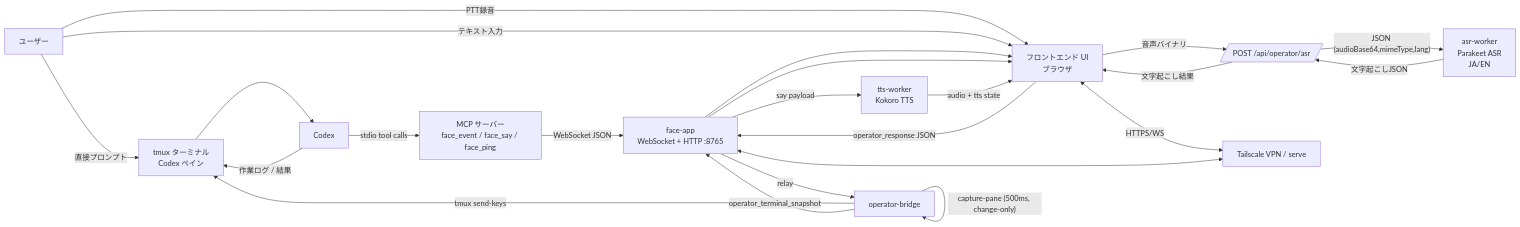
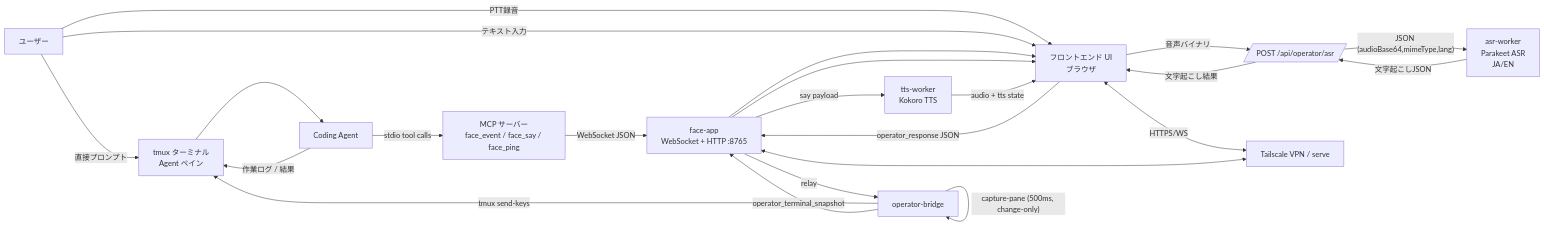
Before and after one commit to amariichi/MinimumHeadroom: the third of 4 diagrams in README.md, drawn with Mermaid. The commit also changed other lines of this file and 16 other files, not shown here.

````diff
--- a/README.md
+++ b/README.md
@@ -461,43 +417,43 @@
 ```mermaid
 flowchart LR
   U[ユーザー]
-  TMUX[tmux ターミナル<br/>Codex ペイン]
-  C[Codex]
+  TMUX[tmux ターミナル<br/>Agent ペイン]
+  C[Coding Agent]
   MCP[MCP サーバー<br/>face_event / face_say / face_ping]
   WS[face-app<br/>WebSocket + HTTP :8765]
   FE[フロントエンド UI<br/>ブラウザ]
   BR[operator-bridge]
   ASRP[/POST /api/operator/asr/]
   ASR[asr-worker<br/>Parakeet ASR<br/>JA/EN]
   TTS[tts-worker<br/>Kokoro TTS]
   TS[Tailscale VPN / serve]
 
   U -- 直接プロンプト --> TMUX
   U -- PTT録音 --> FE
   U -- テキスト入力 --> FE
 
   FE -- 音声バイナリ --> ASRP
   ASRP -- JSON (audioBase64,mimeType,lang) --> ASR
   ASR -- 文字起こしJSON --> ASRP
   ASRP -- 文字起こし結果 --> FE
 
   FE -- operator_response JSON --> WS
   WS -- relay --> BR
   BR -- tmux send-keys --> TMUX
   TMUX --> C
   C -- 作業ログ / 結果 --> TMUX
 
   BR -- capture-pane (500ms, change-only) --> BR
   BR -- operator_terminal_snapshot --> WS
   WS --> FE
 
   C -- stdio tool calls --> MCP
   MCP -- WebSocket JSON --> WS
   WS --> FE
 
   WS -- say payload --> TTS
   TTS -- audio + tts state --> FE
 
   FE <-- HTTPS/WS --> TS
   TS <---> WS
 ```
````
